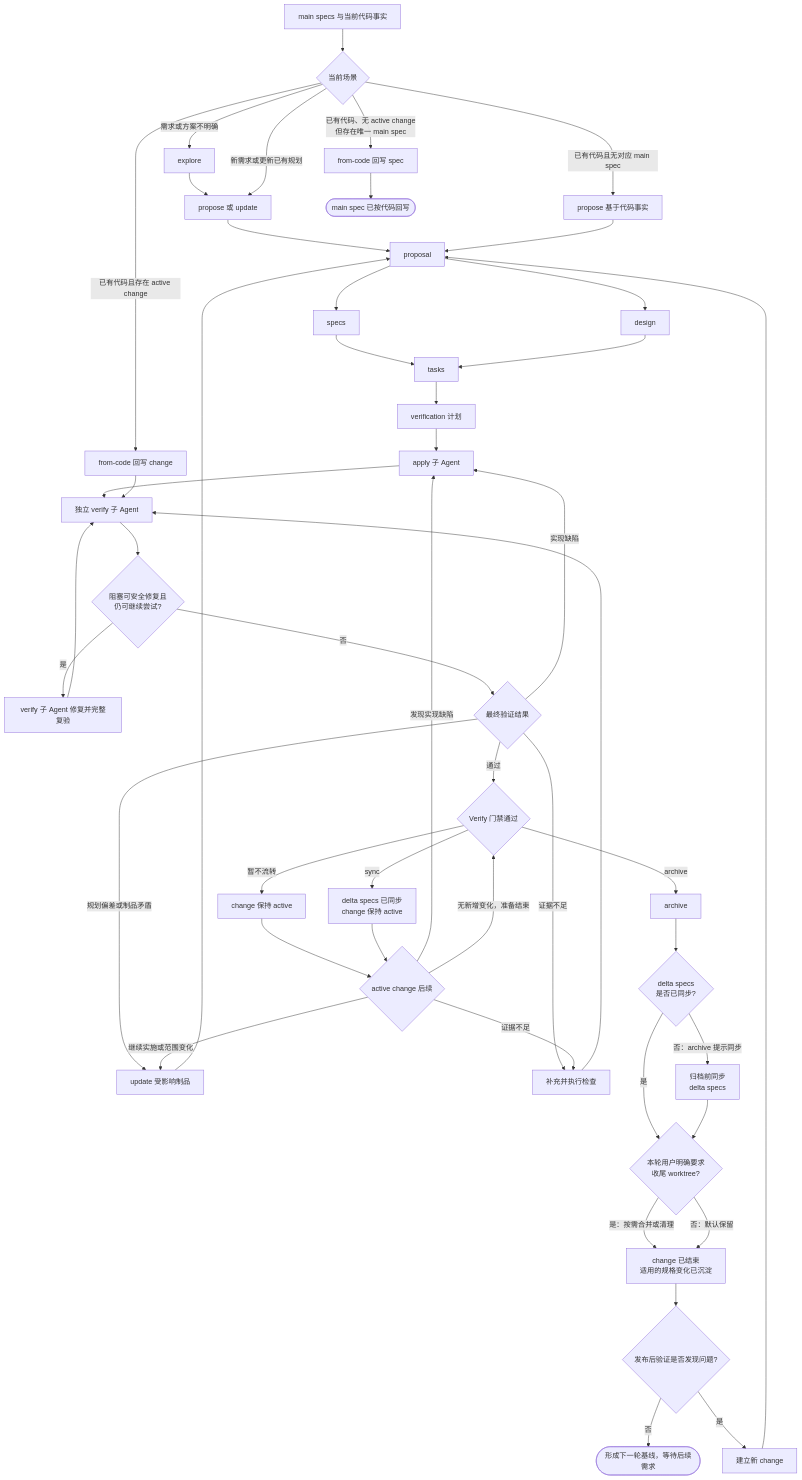
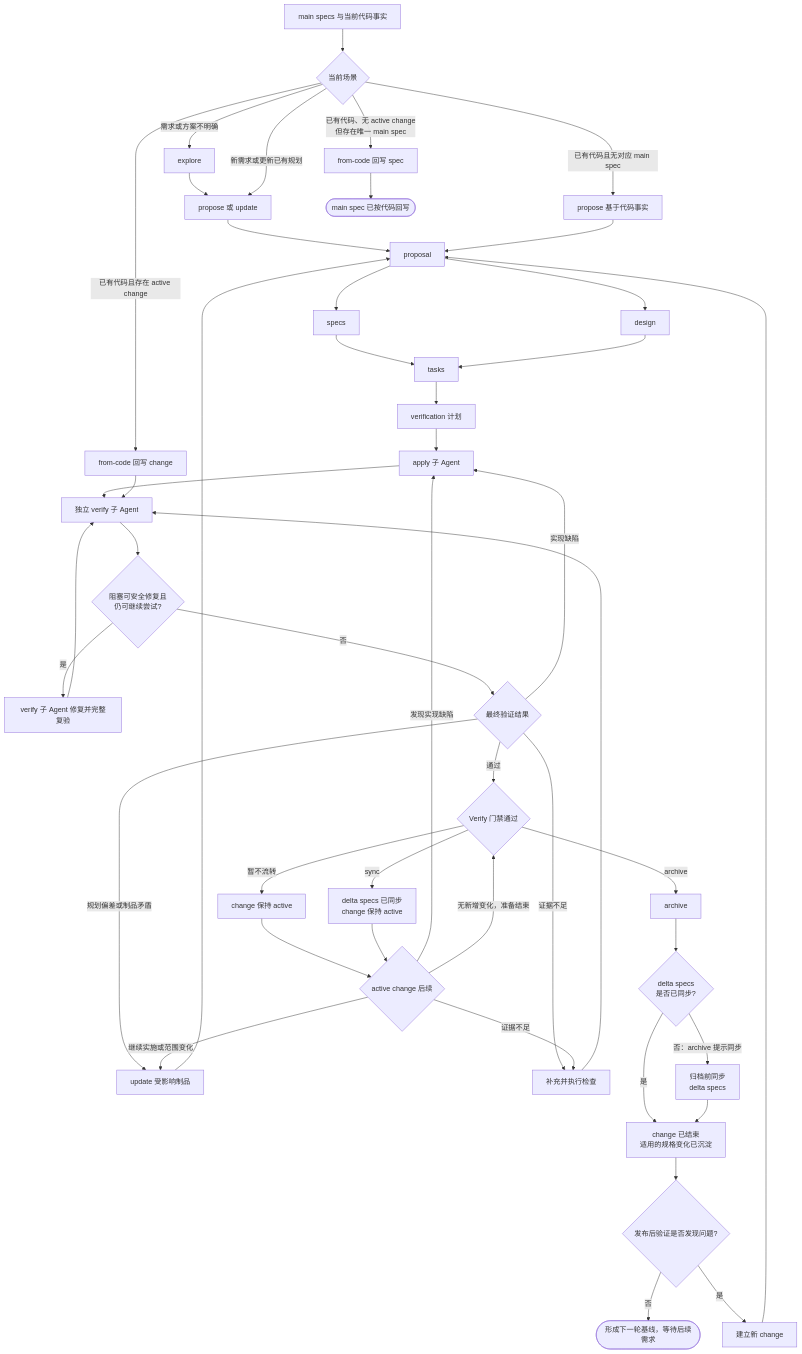
One commit to youpinyao/ai-tools changed the second of 2 diagrams in docs/ai-sdd-workflow.md. Above: the diagram before and after it, drawn with Mermaid. The commit also changed other lines of this file and 5 other files, not shown here.

````diff
--- a/docs/ai-sdd-workflow.md
+++ b/docs/ai-sdd-workflow.md
@@ -72,56 +72,54 @@
 ```mermaid
 flowchart TD
     Baseline[main specs 与当前代码事实] --> Entry{当前场景}
     Entry -->|需求或方案不明确| Explore[explore]
     Explore --> Plan[propose 或 update]
     Entry -->|新需求或更新已有规划| Plan
     Entry -->|已有代码且存在 active change| FromCodeChange[from-code 回写 change]
     Entry -->|已有代码、无 active change<br/>但存在唯一 main spec| FromCodeSpec[from-code 回写 spec]
     Entry -->|已有代码且无对应 main spec| ProposeFromCode[propose 基于代码事实]
 
     Plan --> Proposal[proposal]
     ProposeFromCode --> Proposal
     Proposal --> Specs[specs]
     Proposal --> Design[design]
     Specs --> Tasks[tasks]
     Design --> Tasks
     Tasks --> VerificationPlan[verification 计划]
     VerificationPlan --> ApplyLoop[apply 子 Agent]
     ApplyLoop --> VerifyLoop[独立 verify 子 Agent]
     FromCodeChange --> VerifyLoop
     FromCodeSpec --> SpecDone([main spec 已按代码回写])
     VerifyLoop --> Repairable{阻塞可安全修复且<br/>仍可继续尝试?}
     Repairable -->|是| RepairInVerify[verify 子 Agent 修复并完整复验]
     RepairInVerify --> VerifyLoop
     Repairable -->|否| VerifyResult{最终验证结果}
 
     VerifyResult -->|实现缺陷| ApplyLoop
     VerifyResult -->|规划偏差或制品矛盾| UpdateArtifacts[update 受影响制品]
     UpdateArtifacts --> Proposal
     VerifyResult -->|证据不足| AddChecks[补充并执行检查]
     AddChecks --> VerifyLoop
 
     VerifyResult -->|通过| Gate{Verify 门禁通过}
     Gate -->|暂不流转| Active[change 保持 active]
     Gate -->|sync| Synced[delta specs 已同步<br/>change 保持 active]
     Gate -->|archive| ArchiveLoop[archive]
 
     Active --> ActiveNext{active change 后续}
     Synced --> ActiveNext
     ActiveNext -->|继续实施或范围变化| UpdateArtifacts
     ActiveNext -->|发现实现缺陷| ApplyLoop
     ActiveNext -->|证据不足| AddChecks
     ActiveNext -->|无新增变化，准备结束| Gate
 
     ArchiveLoop --> SyncCheck{delta specs<br/>是否已同步?}
     SyncCheck -->|否：archive 提示同步| ArchiveSync[归档前同步<br/>delta specs]
-    SyncCheck -->|是| WorktreeFinish{本轮用户明确要求<br/>收尾 worktree?}
-    ArchiveSync --> WorktreeFinish
-    WorktreeFinish -->|是：按需合并或清理| Closed
-    WorktreeFinish -->|否：默认保留| Closed
+    SyncCheck -->|是| Closed
+    ArchiveSync --> Closed
     Closed[change 已结束<br/>适用的规格变化已沉淀]
     Closed --> PostRelease{发布后验证是否发现问题?}
     PostRelease -->|否| NewBaseline([形成下一轮基线，等待后续需求])
     PostRelease -->|是| NewChange[建立新 change]
     NewChange --> Proposal
 ```
````
